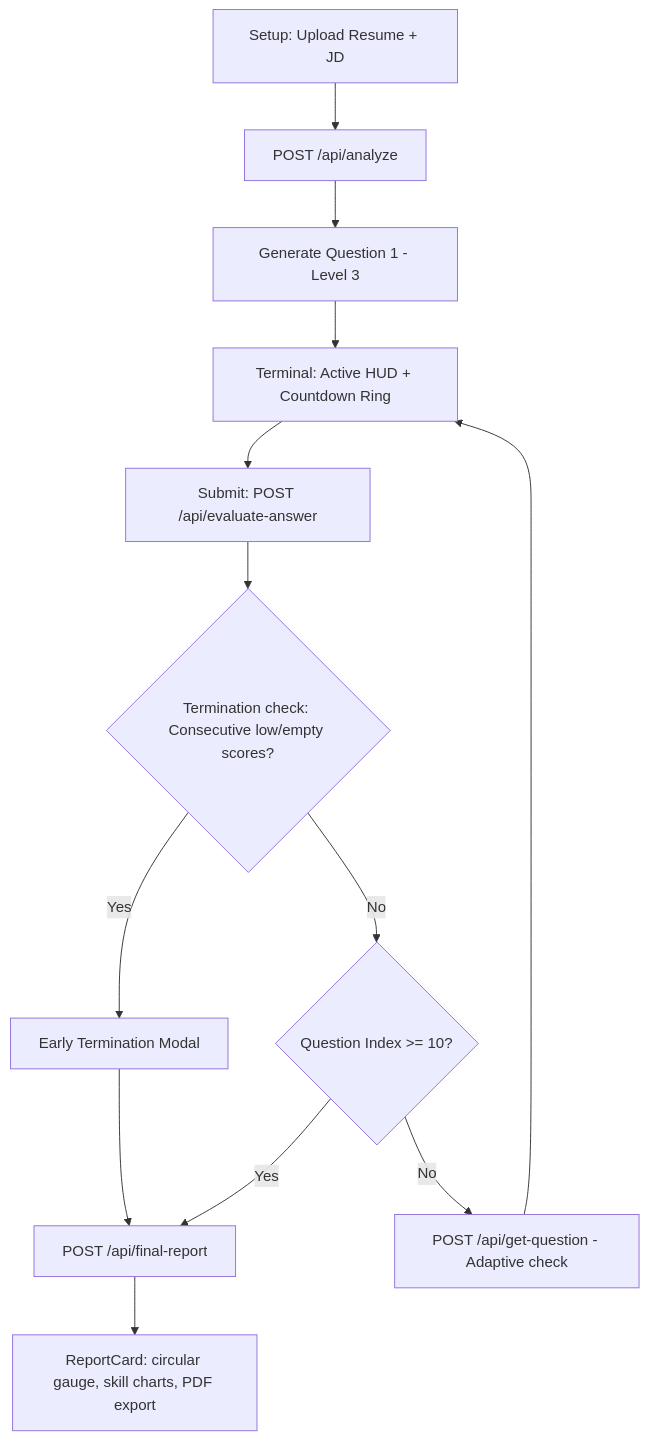
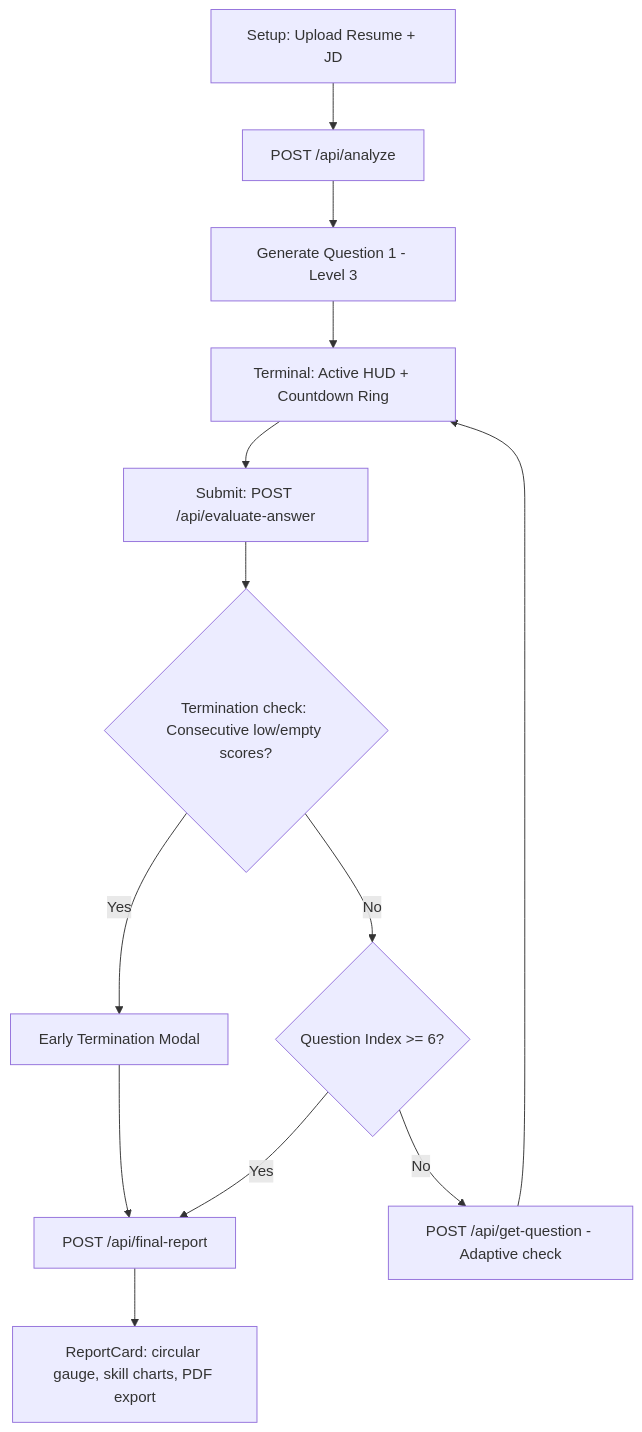
The diagram in README.md (tanisinghal0209/Hack2Hire), drawn with Mermaid before and after one commit. The commit also changed other lines of this file and 3 other files, not shown here.

````diff
--- a/README.md
+++ b/README.md
@@ -36,15 +35,15 @@
 ```mermaid
 graph TD
     A[Setup: Upload Resume + JD] --> B[POST /api/analyze]
     B --> C[Generate Question 1 - Level 3]
     C --> D[Terminal: Active HUD + Countdown Ring]
     D --> E[Submit: POST /api/evaluate-answer]
     E --> F{Termination check: Consecutive low/empty scores?}
     F -- Yes --> G[Early Termination Modal]
-    F -- No --> H{Question Index >= 10?}
+    F -- No --> H{Question Index >= 6?}
     H -- Yes --> I[POST /api/final-report]
     H -- No --> J[POST /api/get-question - Adaptive check]
     J --> D
     G --> I
     I --> K[ReportCard: circular gauge, skill charts, PDF export]
 ```
````
